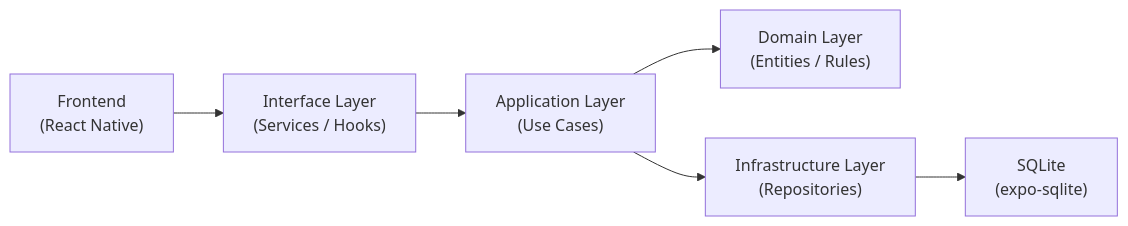
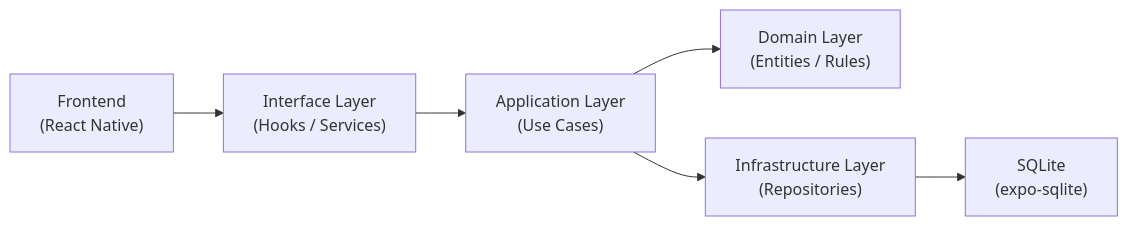
Before and after one commit to Rueda-Juan/gymApp: the second of 6 diagrams in Docs/Back.md, drawn with Mermaid. The commit also changed other lines of this file and 189 other files, not shown here.

````diff
--- a/Docs/Back.md
+++ b/Docs/Back.md
@@ -104,8 +104,8 @@
 ```mermaid
 flowchart LR
-    A["Frontend\n(React Native)"] --> B["Interface Layer\n(Services / Hooks)"]
+    A["Frontend\n(React Native)"] --> B["Interface Layer\n(Hooks / Services)"]
     B --> C["Application Layer\n(Use Cases)"]
     C --> D["Domain Layer\n(Entities / Rules)"]
     C --> E["Infrastructure Layer\n(Repositories)"]
     E --> F["SQLite\n(expo-sqlite)"]
 ```
````
